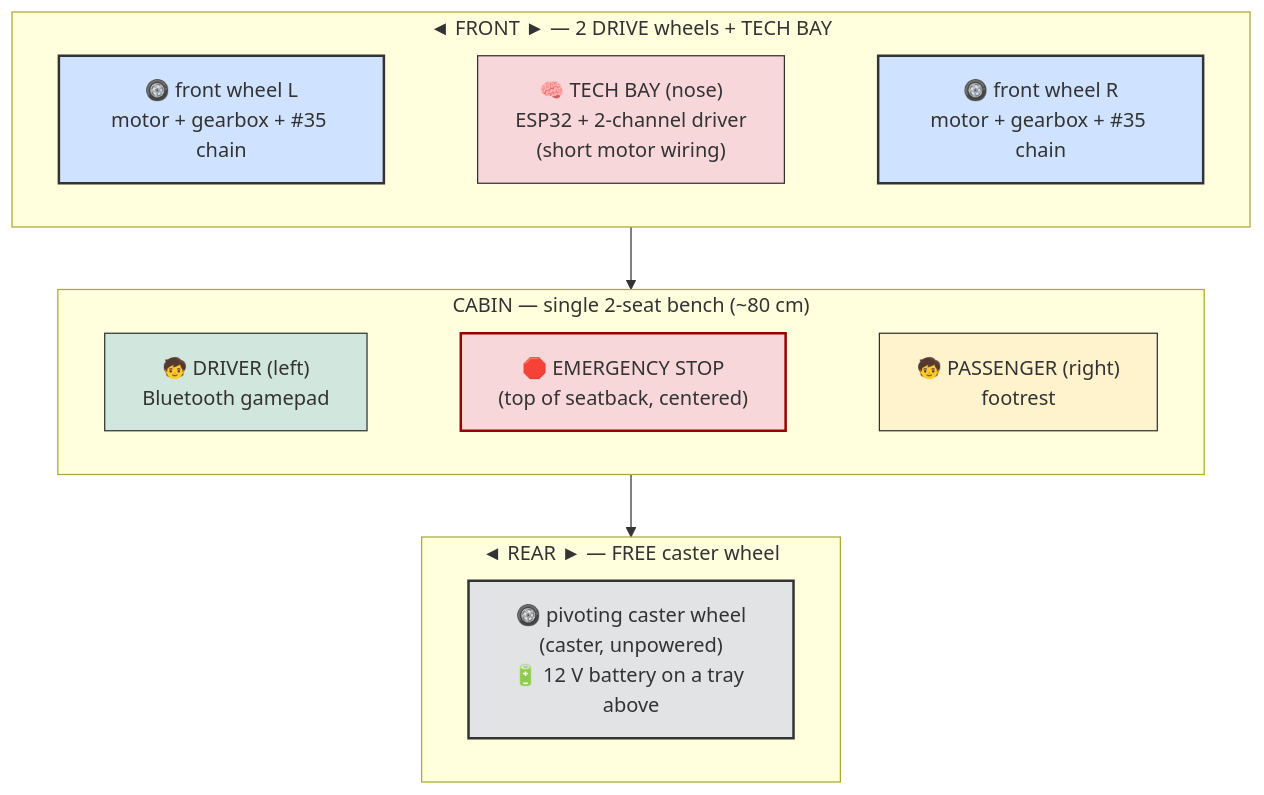
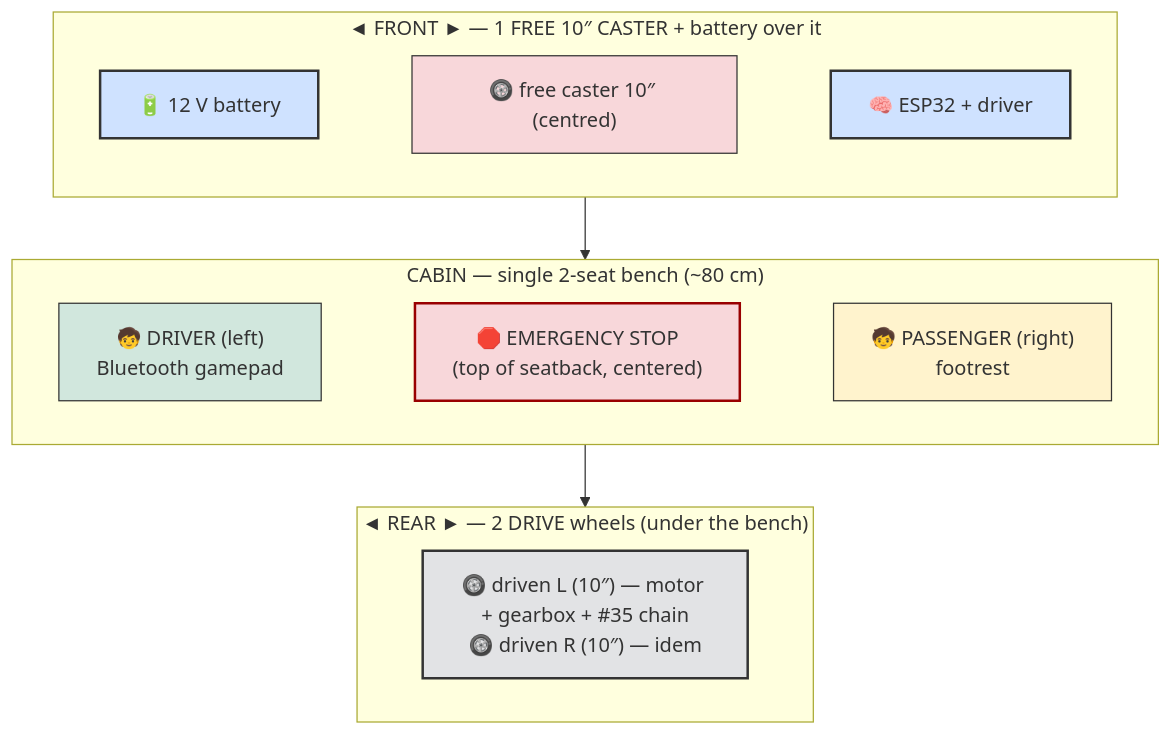
Before and after one commit to pinkymaxou/powered-soapbox-car: the first of 9 diagrams in README.md, drawn with Mermaid. The commit also changed other lines of this file and 9 other files, not shown here.

First line of the commit message:
The caster goes to the front, then the bench steps off the axle

````diff
--- a/README.md
+++ b/README.md
@@ -31,35 +31,35 @@
 ```mermaid
 flowchart TB
-    subgraph AV["◄ FRONT ► — 2 DRIVE wheels + TECH BAY"]
+    subgraph AV["◄ FRONT ► — 1 FREE 10″ CASTER + battery over it"]
         direction LR
-        AVG["🛞 front wheel L<br/>motor + gearbox + #35 chain"]
-        BAY["🧠 TECH BAY (nose)<br/>ESP32 + 2-channel driver<br/>(short motor wiring)"]
-        AVD["🛞 front wheel R<br/>motor + gearbox + #35 chain"]
+        AVG["🔋 12 V battery"]
+        BAY["🛞 free caster 10″ (centred)"]
+        AVD["🧠 ESP32 + driver"]
         AVG ~~~ BAY ~~~ AVD
     end
     subgraph CAB["CABIN — single 2-seat bench (~80 cm)"]
         direction LR
         COND["🧒 DRIVER (left)<br/>Bluetooth gamepad"]
         SEP["🛑 EMERGENCY STOP<br/>(top of seatback, centered)"]
         PASS["🧒 PASSENGER (right)<br/>footrest"]
         COND ~~~ SEP ~~~ PASS
     end
-    subgraph AR["◄ REAR ► — FREE caster wheel"]
+    subgraph AR["◄ REAR ► — 2 DRIVE wheels (under the bench)"]
         direction LR
-        ARC["🛞 pivoting caster wheel<br/>(caster, unpowered)<br/>🔋 12 V battery on a tray above"]
+        ARC["🛞 driven L (10″) — motor + gearbox + #35 chain<br/>🛞 driven R (10″) — idem"]
     end
     AV --> CAB --> AR
 
     classDef wheel fill:#cfe2ff,stroke:#333,stroke-width:2px;
     classDef caster fill:#e2e3e5,stroke:#333,stroke-width:2px;
     classDef drv fill:#d1e7dd,stroke:#333;
     classDef pas fill:#fff3cd,stroke:#333;
     classDef elec fill:#f8d7da,stroke:#333;
     classDef estop fill:#f8d7da,stroke:#900,stroke-width:2px;
     class AVG,AVD wheel;
     class ARC caster;
     class COND drv;
     class PASS pas;
     class BAY elec;
     class SEP estop;
 ```
````
